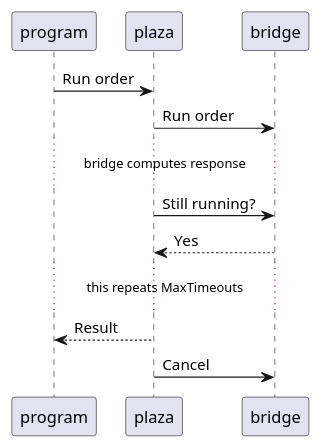
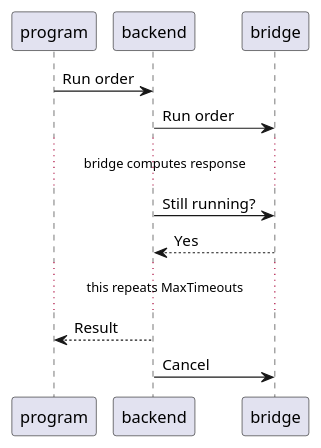
The sixth of 7 diagrams in docs/communications/sequence/bridges.puml (programaker-project/Programaker-Core), drawn with PlantUML before and after one commit. The commit also changed other lines of this file and 42 other files, not shown here.

```diff
--- a/docs/communications/sequence/bridges.puml
+++ b/docs/communications/sequence/bridges.puml
@@ -68,15 +68,15 @@
 @startuml too-long-running-operation.png
 participant program
-participant plaza
+participant backend
 participant bridge
 
-program -> plaza: Run order
-plaza -> bridge: Run order
+program -> backend: Run order
+backend -> bridge: Run order
 ... bridge computes response ...
-plaza -> bridge: Still running?
-plaza <-- bridge: Yes
+backend -> bridge: Still running?
+backend <-- bridge: Yes
 ... this repeats MaxTimeouts ...
-program <-- plaza: Result
-plaza -> bridge: Cancel
+program <-- backend: Result
+backend -> bridge: Cancel
 
 @enduml
```
